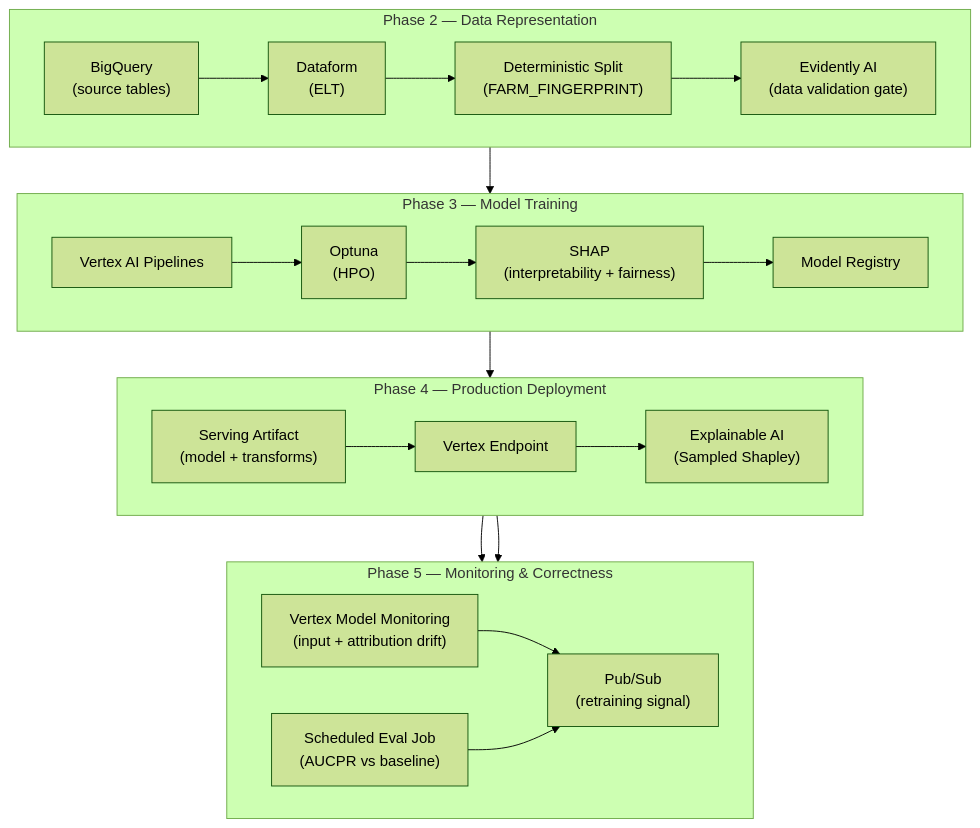
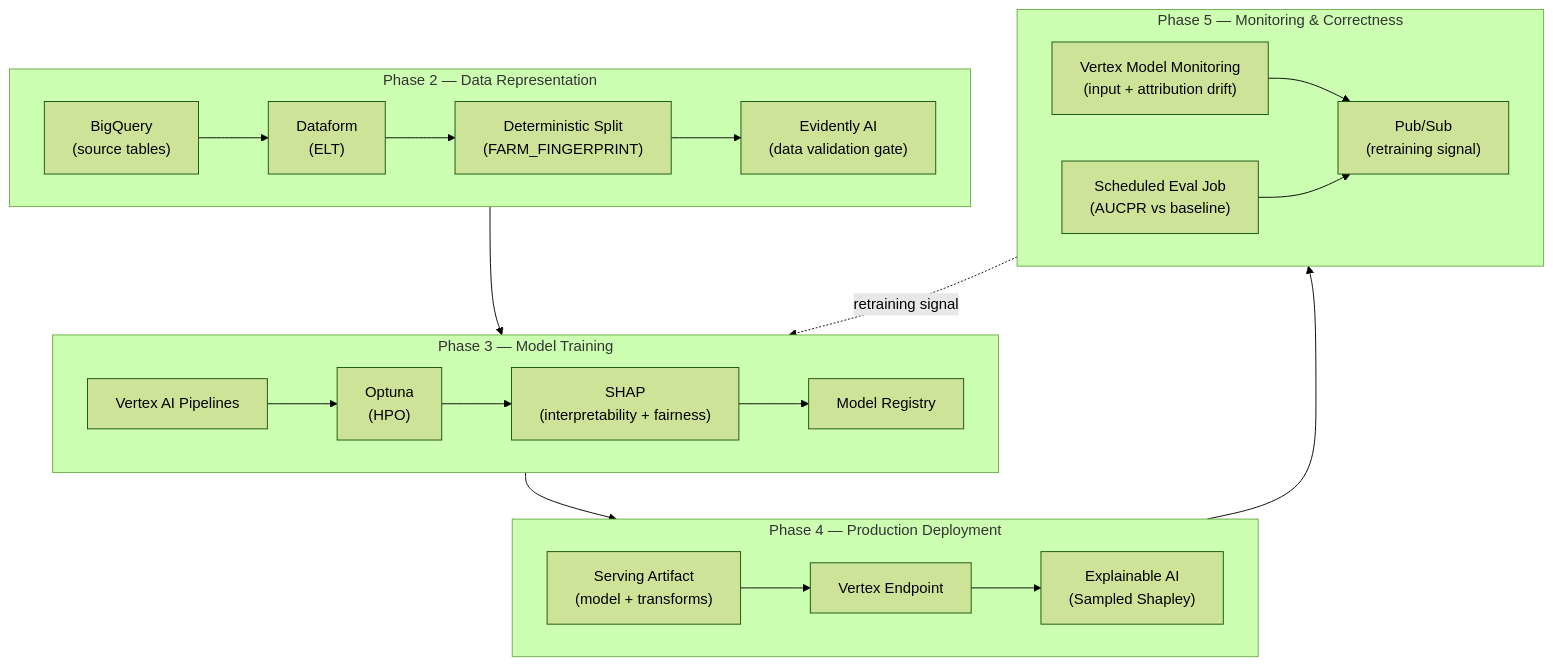
The diagram in projects/mlops/docs/architecture.md (DanHerman212/enterprise_clinical_copilot), drawn with Mermaid (forest theme) before and after one commit.

Commit message:
mlops architecture update

````diff
--- a/projects/mlops/docs/architecture.md
+++ b/projects/mlops/docs/architecture.md
@@ -7,42 +7,42 @@
 ```mermaid
 flowchart TB
     subgraph P2["Phase 2 — Data Representation"]
         direction LR
         BQ["BigQuery<br/>(source tables)"]
         DF["Dataform<br/>(ELT)"]
         SPLIT["Deterministic Split<br/>(FARM_FINGERPRINT)"]
         EV["Evidently AI<br/>(data validation gate)"]
         BQ --> DF --> SPLIT --> EV
     end
 
     subgraph P3["Phase 3 — Model Training"]
         direction LR
         PIPE["Vertex AI Pipelines"]
         HPO["Optuna<br/>(HPO)"]
         SHAP["SHAP<br/>(interpretability + fairness)"]
         REG["Model Registry"]
         PIPE --> HPO --> SHAP --> REG
     end
 
     subgraph P4["Phase 4 — Production Deployment"]
         direction LR
         ART["Serving Artifact<br/>(model + transforms)"]
         EP["Vertex Endpoint"]
         XAI["Explainable AI<br/>(Sampled Shapley)"]
         ART --> EP --> XAI
     end
 
     subgraph P5["Phase 5 — Monitoring & Correctness"]
         direction LR
         MON["Vertex Model Monitoring<br/>(input + attribution drift)"]
         EVAL["Scheduled Eval Job<br/>(AUCPR vs baseline)"]
         PS["Pub/Sub<br/>(retraining signal)"]
         MON --> PS
         EVAL --> PS
     end
 
-    EV --> PIPE
-    REG --> ART
-    XAI --> MON
-    XAI --> EVAL
+    P2 --> P3
+    P3 --> P4
+    P4 --> P5
+    P5 -.retraining signal.-> P3
 ```
````
